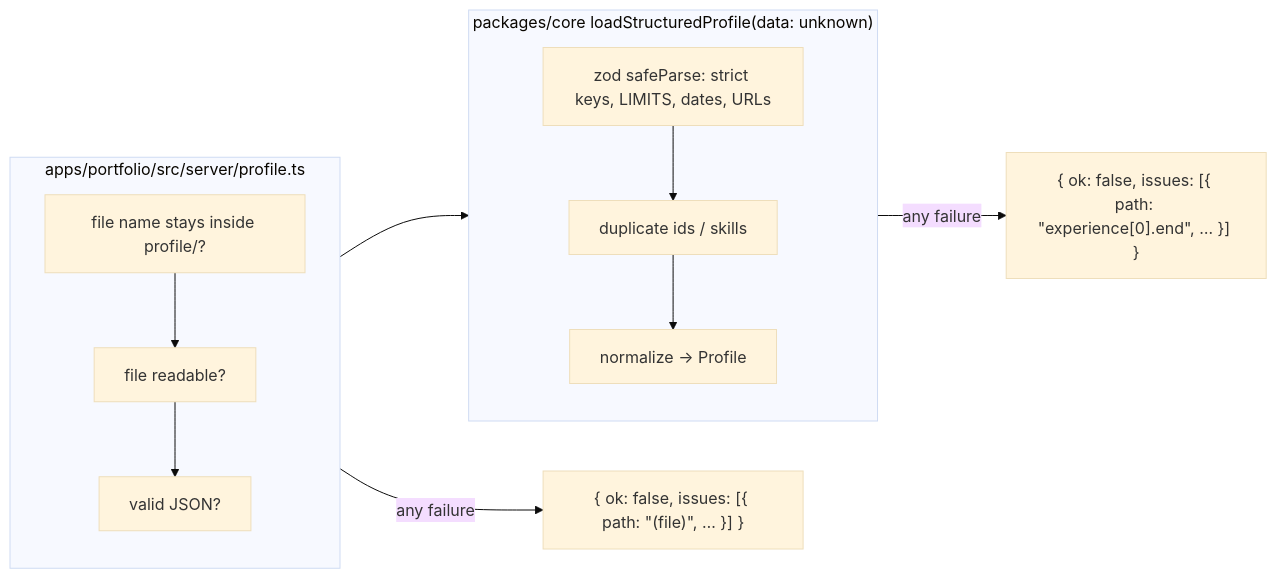
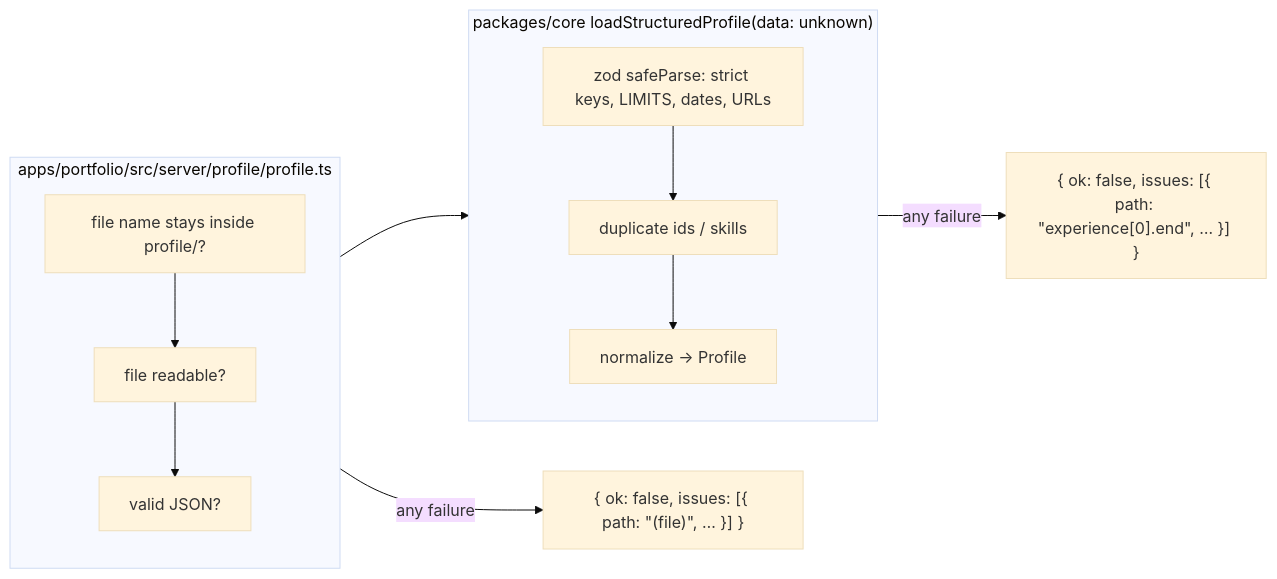
One commit to promptfolios/promptfolio changed the diagram in docs/learning/validation-at-boundaries.md. Above: the diagram before and after it, drawn with Mermaid (base theme). The commit also changed other lines of this file and 204 other files, not shown here.

First line of the commit message:
refactor: simplify the app, link answers to the profile, and restyle the chat

````diff
--- a/docs/learning/validation-at-boundaries.md
+++ b/docs/learning/validation-at-boundaries.md
@@ -29,16 +29,16 @@
 ```mermaid
 flowchart LR
-    subgraph app["apps/portfolio/src/server/profile.ts"]
+    subgraph app["apps/portfolio/src/server/profile/profile.ts"]
         direction TB
         a1["file name stays inside profile/?"] --> a2["file readable?"] --> a3["valid JSON?"]
     end
 
     subgraph core["packages/core loadStructuredProfile(data: unknown)"]
         direction TB
         c1["zod safeParse: strict keys, LIMITS, dates, URLs"] --> c2["duplicate ids / skills"] --> c3["normalize → Profile"]
     end
 
     a3 --> c1
     app -- any failure --> fileErr["{ ok: false, issues: [{ path: #quot;(file)#quot;, … }] }"]
     core -- any failure --> dataErr["{ ok: false, issues: [{ path: #quot;experience[0].end#quot;, … }] }"]
 ```
````
